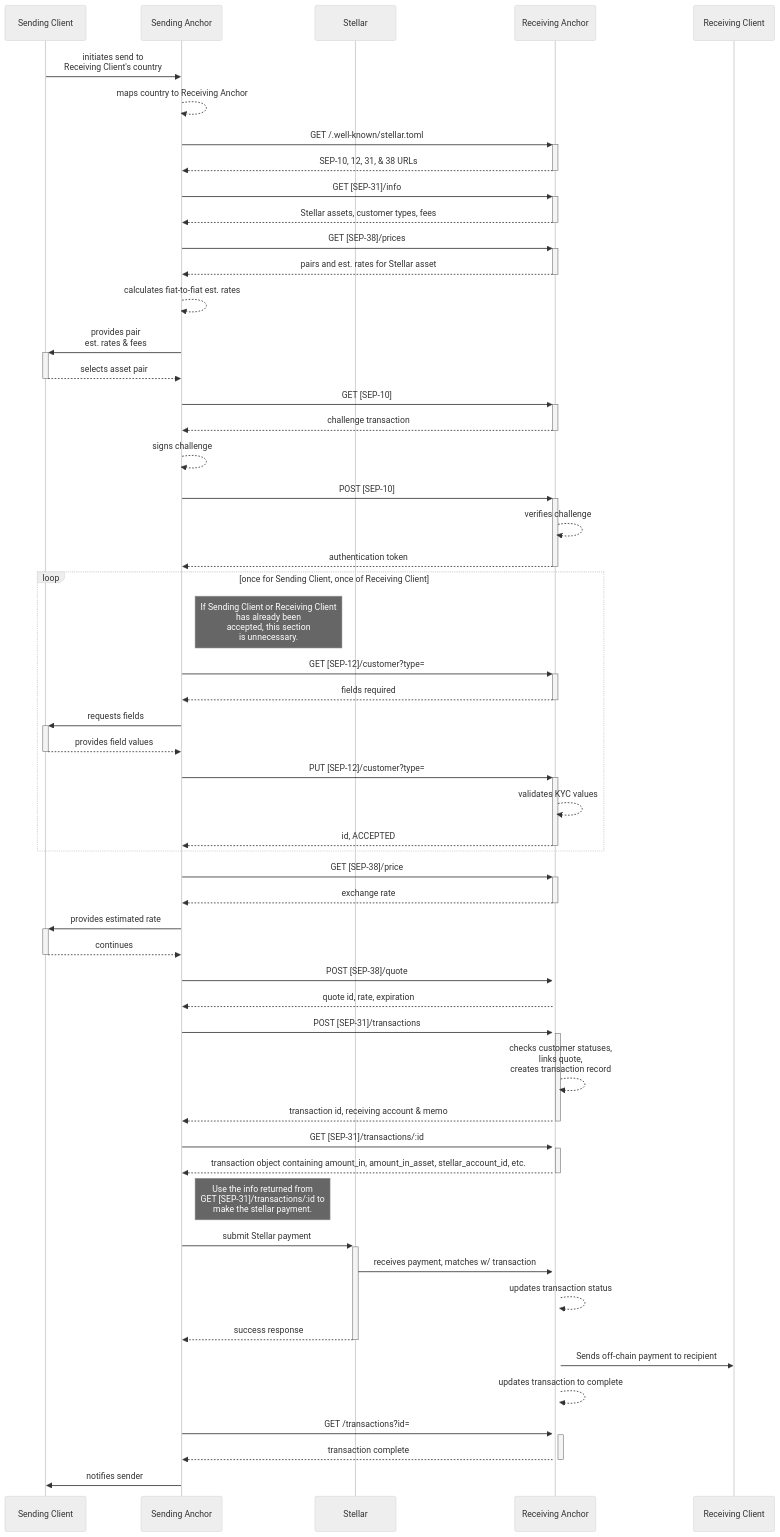
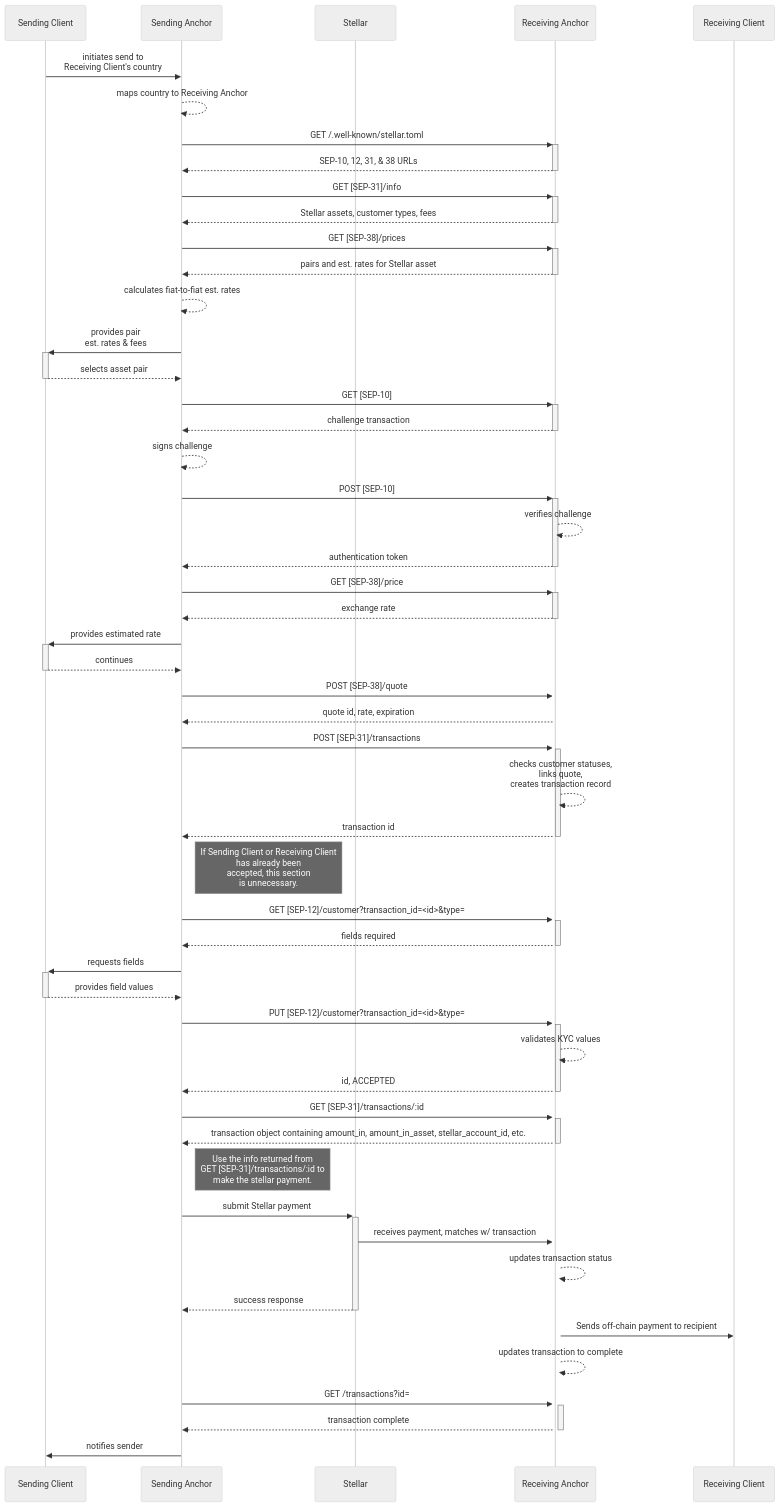
One commit to stellar/stellar-protocol changed the diagram in ecosystem/sep-0031.md. Above: the diagram before and after it, drawn with Mermaid (neutral theme). The commit also changed other lines of this file and 4 other files, not shown here.

````diff
--- a/ecosystem/sep-0031.md
+++ b/ecosystem/sep-0031.md
@@ -58,65 +58,63 @@
 ```mermaid
 sequenceDiagram
     participant Sending Client
     participant Sending Anchor
     participant Stellar
     participant Receiving Anchor
     participant Receiving Client
     Sending Client->>Sending Anchor: initiates send to <br> Receiving Client's country
     Sending Anchor-->>Sending Anchor: maps country to Receiving Anchor
 
     Sending Anchor->>+Receiving Anchor: GET /.well-known/stellar.toml
     Receiving Anchor-->>-Sending Anchor: SEP-10, 12, 31, & 38 URLs
     Sending Anchor->>+Receiving Anchor: GET [SEP-31]/info
     Receiving Anchor-->>-Sending Anchor: Stellar assets, customer types, fees
     Sending Anchor->>+Receiving Anchor: GET [SEP-38]/prices
     Receiving Anchor-->>-Sending Anchor: pairs and est. rates for Stellar asset
 
     Sending Anchor-->>Sending Anchor: calculates fiat-to-fiat est. rates
     Sending Anchor->>+Sending Client: provides pair <br> est. rates & fees
     Sending Client-->>-Sending Anchor: selects asset pair
 
     Sending Anchor->>+Receiving Anchor: GET [SEP-10]
     Receiving Anchor-->>-Sending Anchor: challenge transaction
     Sending Anchor-->>Sending Anchor: signs challenge
     Sending Anchor->>+Receiving Anchor: POST [SEP-10]
     Receiving Anchor-->>Receiving Anchor: verifies challenge
     Receiving Anchor-->>-Sending Anchor: authentication token
 
-    loop once for Sending Client, once of Receiving Client
-        note right of Sending Anchor: If Sending Client or Receiving Client <br >has already been <br> accepted, this section <br> is unnecessary.
-        Sending Anchor->>+Receiving Anchor: GET [SEP-12]/customer?type=
-        Receiving Anchor-->>-Sending Anchor: fields required
-        Sending Anchor->>+Sending Client: requests fields
-        Sending Client-->>-Sending Anchor: provides field values
-        Sending Anchor->>+Receiving Anchor: PUT [SEP-12]/customer?type=
-        Receiving Anchor-->>Receiving Anchor: validates KYC values
-        Receiving Anchor-->>-Sending Anchor: id, ACCEPTED
-    end
-
     Sending Anchor->>+Receiving Anchor: GET [SEP-38]/price
     Receiving Anchor-->>-Sending Anchor: exchange rate
     Sending Anchor->>+Sending Client: provides estimated rate
     Sending Client-->>-Sending Anchor: continues
     Sending Anchor->>+Receiving Anchor: POST [SEP-38]/quote
     Receiving Anchor-->>Sending Anchor: quote id, rate, expiration
 
     Sending Anchor->>+Receiving Anchor: POST [SEP-31]/transactions
     Receiving Anchor-->>Receiving Anchor: checks customer statuses, <br> links quote, <br> creates transaction record
-    Receiving Anchor-->>-Sending Anchor: transaction id, receiving account & memo
+    Receiving Anchor-->>-Sending Anchor: transaction id
+
+    note right of Sending Anchor: If Sending Client or Receiving Client <br >has already been <br> accepted, this section <br> is unnecessary.
+    Sending Anchor->>+Receiving Anchor: GET [SEP-12]/customer?transaction_id=<id>&type=
+    Receiving Anchor-->>-Sending Anchor: fields required
+    Sending Anchor->>+Sending Client: requests fields
+    Sending Client-->>-Sending Anchor: provides field values
+    Sending Anchor->>+Receiving Anchor: PUT [SEP-12]/customer?transaction_id=<id>&type=
+    Receiving Anchor-->>Receiving Anchor: validates KYC values
+    Receiving Anchor-->>-Sending Anchor: id, ACCEPTED
 
     Sending Anchor->>+Receiving Anchor: GET [SEP-31]/transactions/:id
     Receiving Anchor-->>-Sending Anchor: transaction object containing amount_in, amount_in_asset, stellar_account_id, etc.
     note right of Sending Anchor: Use the info returned from <br>GET [SEP-31]/transactions/:id to <br>make the stellar payment.
 
     Sending Anchor->>+Stellar: submit Stellar payment
     Stellar->>+Receiving Anchor: receives payment, matches w/ transaction
     Receiving Anchor-->>Receiving Anchor: updates transaction status
     Stellar-->>-Sending Anchor: success response
 
     Receiving Anchor->>Receiving Client: Sends off-chain payment to recipient
     Receiving Anchor-->>Receiving Anchor: updates transaction to complete
     Sending Anchor->>+Receiving Anchor: GET /transactions?id=
     Receiving Anchor-->>-Sending Anchor: transaction complete
     Sending Anchor->>Sending Client: notifies sender
 ```
````
